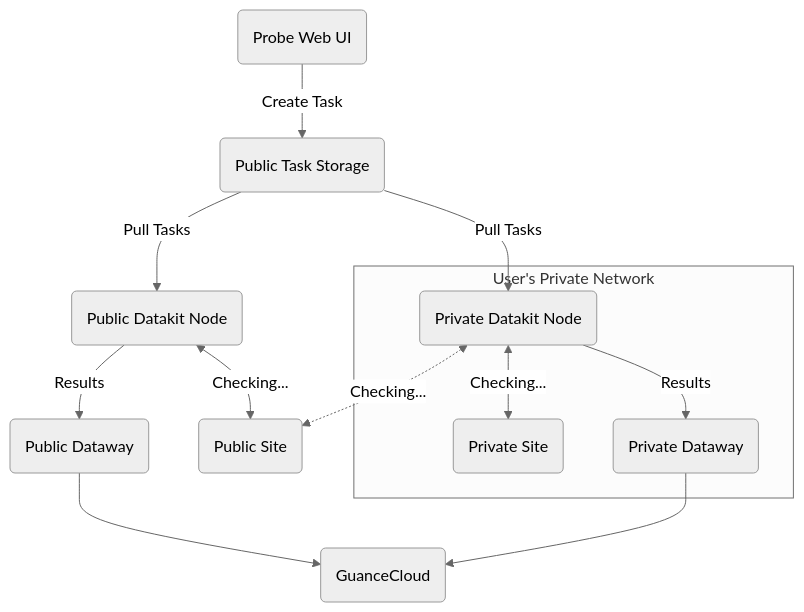
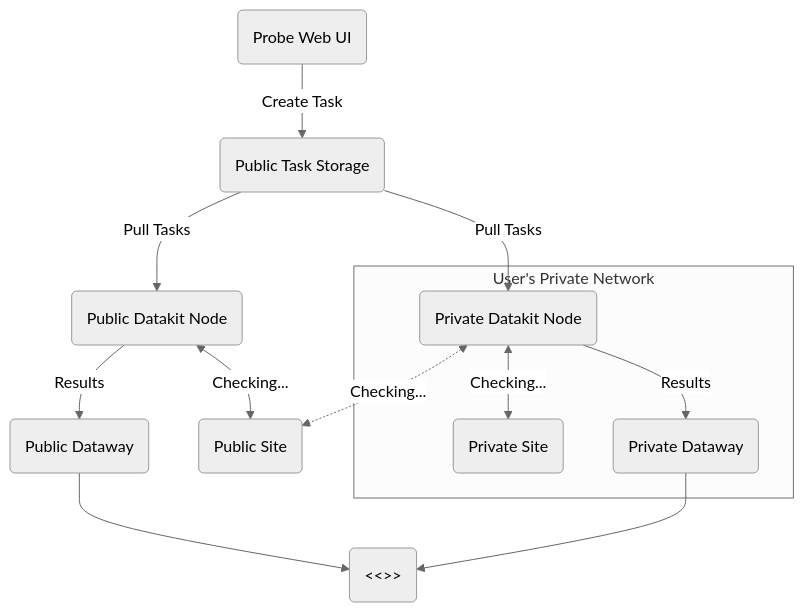
One commit to GuanceCloud/datakit changed the diagram in internal/export/doc/en/inputs/dialtesting.md. Above: the diagram before and after it, drawn with Mermaid (neutral theme). The commit also changed other lines of this file and 333 other files, not shown here.

````diff
--- a/internal/export/doc/en/inputs/dialtesting.md
+++ b/internal/export/doc/en/inputs/dialtesting.md
@@ -61,26 +61,26 @@
 ```mermaid
 graph TD
   %% node definitions
   dt_web(Probe Web UI)
   dt_db(Public Task Storage)
   dt_pub(Public Datakit Node)
   dt_pri(Private Datakit Node)
   site_inner(Private Site)
   site_pub(Public Site)
   dw_inner(Private Dataway)
   dw_pub(Public Dataway)
-  guance(GuanceCloud)
+  server(<<<custom_key.brand_name>>>)
 
   %%%%%%%%%%%%%%%%%%%%%%%%%%%%%%%%
   dt_web -->|Create Task| dt_db;
-  dt_db -->|Pull Tasks| dt_pub -->|Results| dw_pub --> guance;
+  dt_db -->|Pull Tasks| dt_pub -->|Results| dw_pub --> server;
   dt_db -->|Pull Tasks| dt_pri;
   dt_pub <-->|Checking...| site_pub;
 
   dt_pri <-.->|Checking...| site_pub;
-  dw_inner --> guance;
+  dw_inner --> server;
   subgraph "User's Private Network"
   dt_pri <-->|Checking...| site_inner;
   dt_pri -->|Results| dw_inner;
   end
 ```
````
